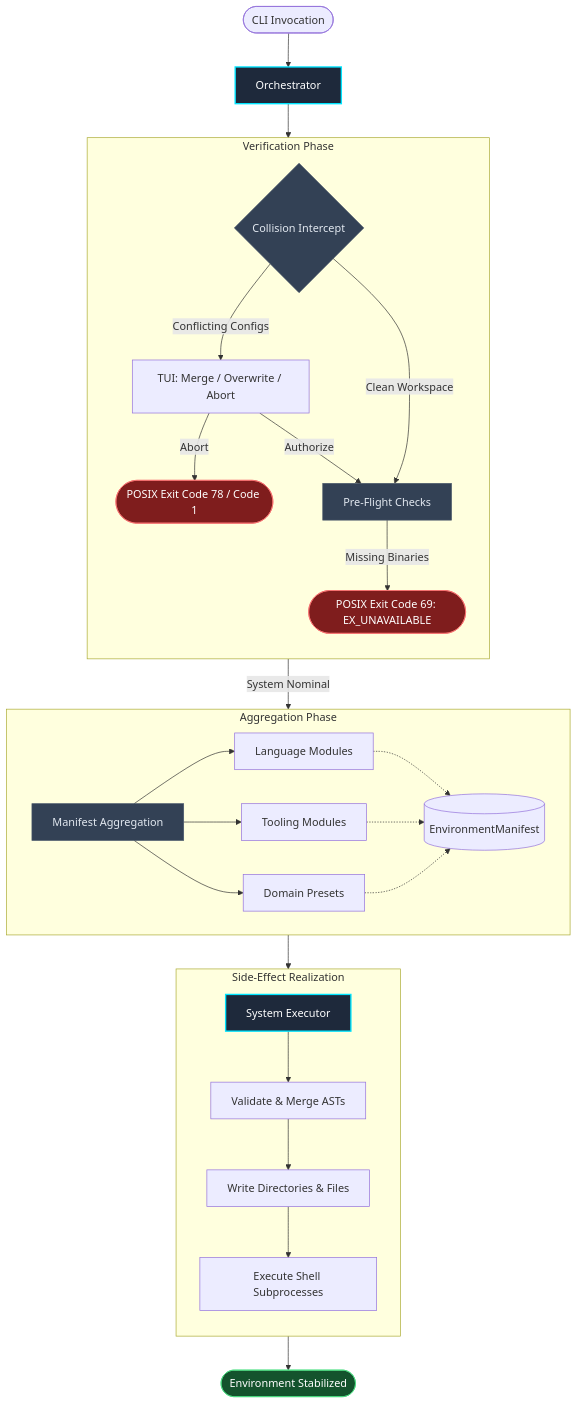
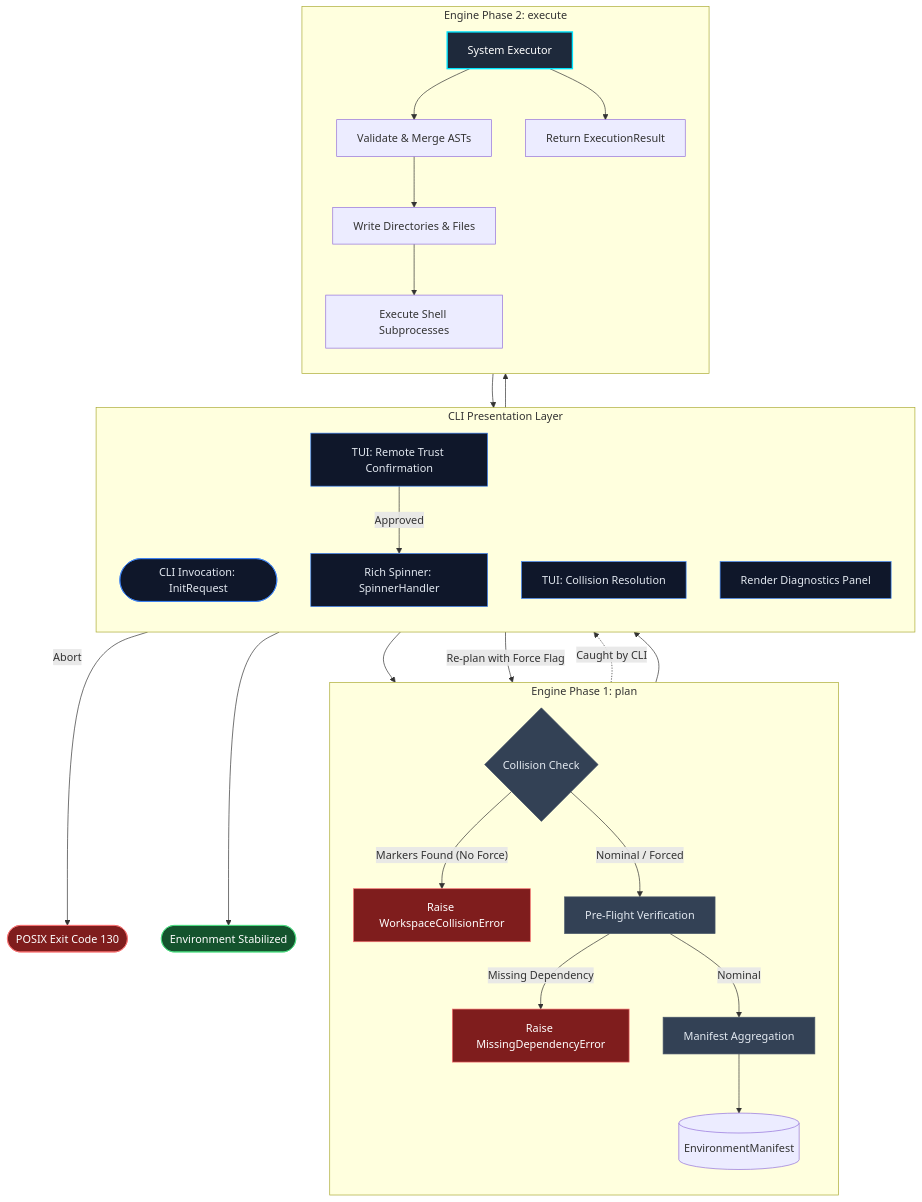
One commit to JacksonFergusonDev/protostar changed the diagram in docs/mechanics/orchestrator.md. Above: the diagram before and after it, drawn with Mermaid. The commit also changed other lines of this file and 16 other files, not shown here.

First line of the commit message:
refactor(engine): establish headless engine bulkhead with plan and execute lifecycle (#194)

````diff
--- a/docs/mechanics/orchestrator.md
+++ b/docs/mechanics/orchestrator.md
@@ -29,46 +31,50 @@
 ```mermaid
 flowchart TD
     %% Styling
     classDef core fill:#1e293b,stroke:#00e5ff,stroke-width:2px,color:#fff;
     classDef phase fill:#334155,stroke:#475569,stroke-width:1px,color:#e2e8f0;
+    classDef cli fill:#0f172a,stroke:#3b82f6,stroke-width:1px,color:#e2e8f0;
     classDef error fill:#7f1d1d,stroke:#f87171,stroke-width:1px,color:#fff;
     classDef success fill:#14532d,stroke:#4ade80,stroke-width:1px,color:#fff;
 
-    %% Nodes
-    CLI([CLI Invocation]) --> O[Orchestrator]:::core
-
-    subgraph VerificationPhase [Verification Phase]
+    %% Boundary
+    subgraph CLILayer [CLI Presentation Layer]
         direction TB
-        C{Collision Intercept}:::phase
-        C -- Conflicting Configs --> P[TUI: Merge / Overwrite / Abort]
-        P -- Abort --> Exit1([POSIX Exit Code 78 / Code 1]):::error
-        C -- Clean Workspace --> F[Pre-Flight Checks]:::phase
-        P -- Authorize --> F
-        F -- Missing Binaries --> Exit2([POSIX Exit Code 69: EX_UNAVAILABLE]):::error
+        CLI([CLI Invocation: InitRequest]):::cli
+        CPrompt[TUI: Collision Resolution]:::cli
+        TPrompt[TUI: Remote Trust Confirmation]:::cli
+        Spinner[Rich Spinner: SpinnerHandler]:::cli
+        DiagRender[Render Diagnostics Panel]:::cli
     end
 
-    O --> VerificationPhase
-
-    subgraph AggregationPhase [Aggregation Phase]
-        direction LR
-        M[Manifest Aggregation]:::phase
-        L[Language Modules] -.-> E[(EnvironmentManifest)]
-        T[Tooling Modules] -.-> E
-        P_Pre[Domain Presets] -.-> E
-        M --> L & T & P_Pre
+    subgraph PlanPhase [Engine Phase 1: plan]
+        direction TB
+        C{Collision Check}:::phase
+        C -- Markers Found (No Force) --> E_Col[Raise WorkspaceCollisionError]:::error
+        C -- Nominal / Forced --> PF[Pre-Flight Verification]:::phase
+        PF -- Missing Dependency --> E_Dep[Raise MissingDependencyError]:::error
+        PF -- Nominal --> Agg[Manifest Aggregation]:::phase
+        Agg --> M[(EnvironmentManifest)]
     end
 
-    VerificationPhase -- System Nominal --> AggregationPhase
-
-    subgraph SideEffectRealization [Side-Effect Realization]
+    subgraph ExecPhase [Engine Phase 2: execute]
         direction TB
-        X[System Executor]:::core
+        Exec[System Executor]:::core
         D1[Validate & Merge ASTs]
         D2[Write Directories & Files]
         D3[Execute Shell Subprocesses]
-        X --> D1 --> D2 --> D3
+        Exec --> D1 --> D2 --> D3
+        Exec --> Res[Return ExecutionResult]
     end
 
-    E --> SideEffectRealization
-    SideEffectRealization --> End([Environment Stabilized]):::success
+    CLI --> PlanPhase
+    E_Col -. Caught by CLI .-> CPrompt
+    CPrompt -- Re-plan with Force Flag --> PlanPhase
+    CPrompt -- Abort --> Exit1([POSIX Exit Code 130]):::error
+
+    M --> TPrompt
+    TPrompt -- Approved --> Spinner
+    Spinner --> ExecPhase
+    Res --> DiagRender
+    DiagRender --> End([Environment Stabilized]):::success
 ```
````
